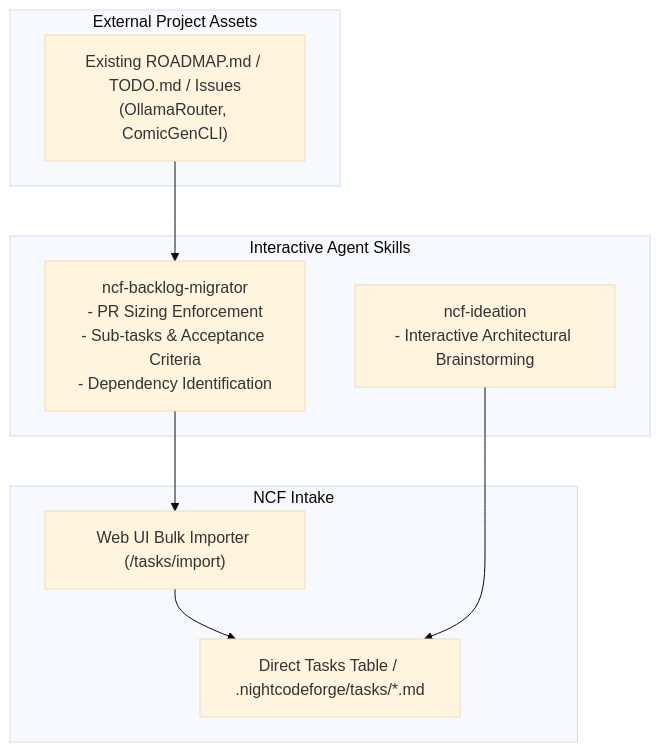
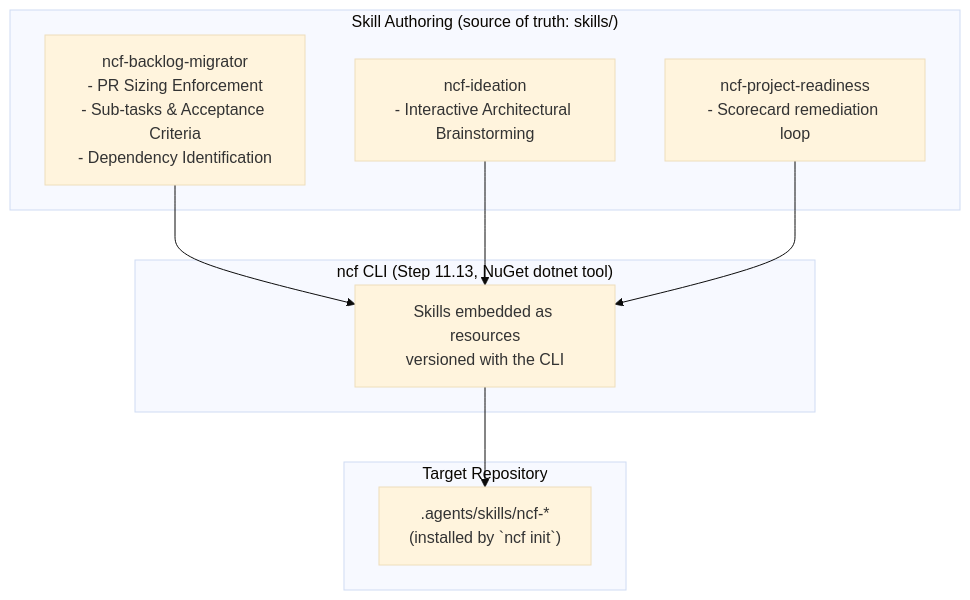
One commit to jetelain/NightCodeForge changed the third of 5 diagrams in docs/plan/11_EXTEND_FEATURES.md. Above: the diagram before and after it, drawn with Mermaid (base theme). The commit also changed other lines of this file and 3 other files, not shown here.

````diff
--- a/docs/plan/11_EXTEND_FEATURES.md
+++ b/docs/plan/11_EXTEND_FEATURES.md
@@ -92,19 +94,21 @@
 ```mermaid
 flowchart TD
-    subgraph InputSources ["External Project Assets"]
-        Roadmap["Existing ROADMAP.md / TODO.md / Issues<br/>(OllamaRouter, ComicGenCLI)"]
+    subgraph Authoring ["Skill Authoring (source of truth: skills/)"]
+        MigrateSkill["ncf-backlog-migrator<br/>- PR Sizing Enforcement<br/>- Sub-tasks & Acceptance Criteria<br/>- Dependency Identification"]
+        IdeateSkill["ncf-ideation<br/>- Interactive Architectural Brainstorming"]
+        ReadinessSkill["ncf-project-readiness<br/>- Scorecard remediation loop"]
     end
 
-    subgraph AgentSkills ["Interactive Agent Skills"]
-        MigrateSkill["ncf-backlog-migrator<br/>- PR Sizing Enforcement<br/>- Sub-tasks & Acceptance Criteria<br/>- Dependency Identification"]
-        IdeateSkill["ncf-ideation<br/>- Interactive Architectural Brainstorming"]
+    subgraph Cli ["ncf CLI (Step 11.13, NuGet dotnet tool)"]
+        Packaging["Skills embedded as resources<br/>versioned with the CLI"]
     end
 
-    subgraph BacklogOutputs ["NCF Intake"]
-        WebImport["Web UI Bulk Importer (/tasks/import)"]
-        DirectTasks["Direct Tasks Table / .nightcodeforge/tasks/*.md"]
+    subgraph TargetRepo ["Target Repository"]
+        Agents[".agents/skills/ncf-*<br/>(installed by `ncf init`)"]
     end
 
-    Roadmap --> MigrateSkill --> WebImport --> DirectTasks
-    IdeateSkill --> DirectTasks
+    MigrateSkill --> Packaging
+    IdeateSkill --> Packaging
+    ReadinessSkill --> Packaging
+    Packaging --> Agents
 ```
````
